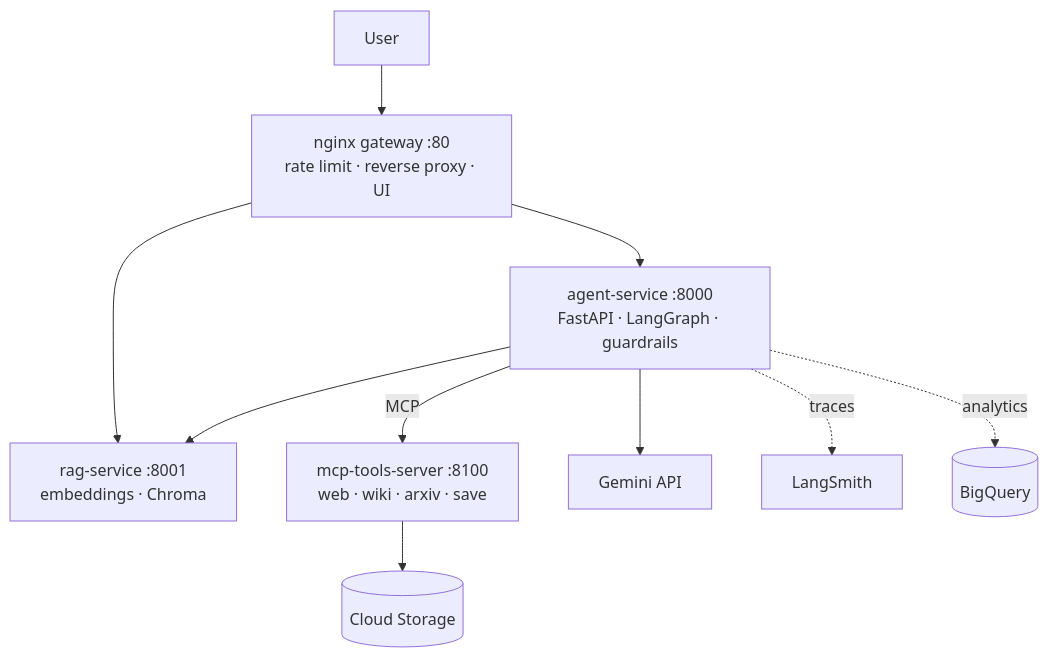
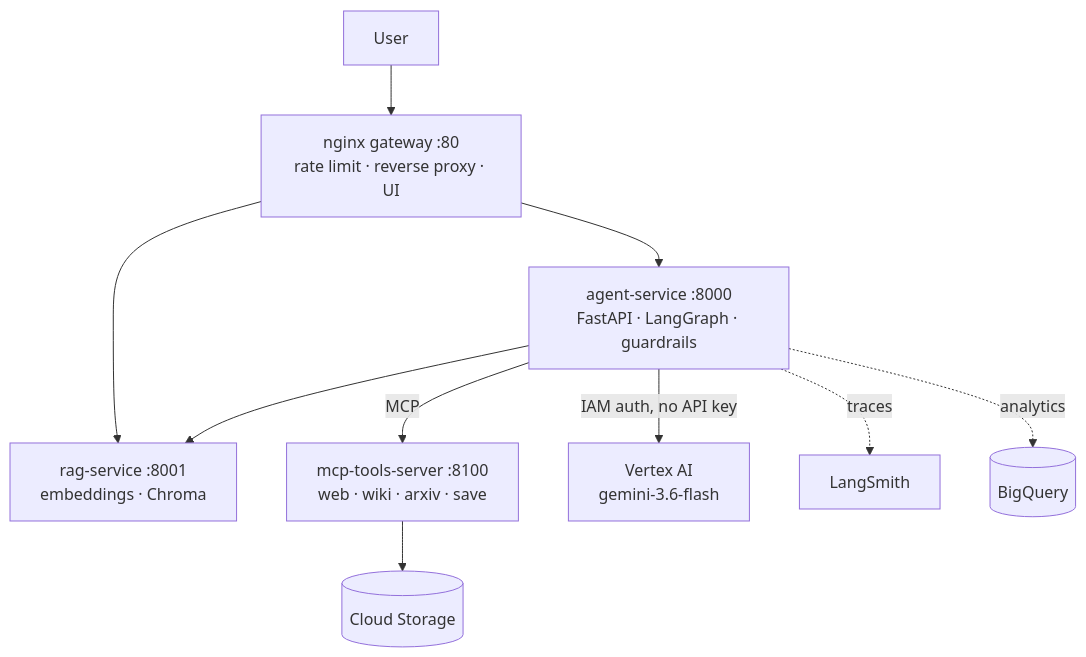
One commit to Bansal7976/agentic-research changed the first of 2 diagrams in README.md. Above: the diagram before and after it, drawn with Mermaid. The commit also changed other lines of this file and 1 other file, not shown here.

First line of the commit message:
Phase 13: README architecture + journey diagrams, live evidence links, teardown checklist

````diff
--- a/README.md
+++ b/README.md
@@ -15,12 +16,12 @@
 ```mermaid
 flowchart TB
     U[User] --> NG[nginx gateway :80\nrate limit · reverse proxy · UI]
     NG --> AS[agent-service :8000\nFastAPI · LangGraph · guardrails]
     NG --> RS[rag-service :8001\nembeddings · Chroma]
     AS -->|MCP| MT[mcp-tools-server :8100\nweb · wiki · arxiv · save]
     AS --> RS
-    AS --> GEM[Gemini API]
+    AS -->|IAM auth, no API key| VX[Vertex AI\ngemini-3.6-flash]
     AS -.traces.-> LS[LangSmith]
     MT --> GCS[(Cloud Storage)]
     AS -.analytics.-> BQ[(BigQuery)]
 ```
````
